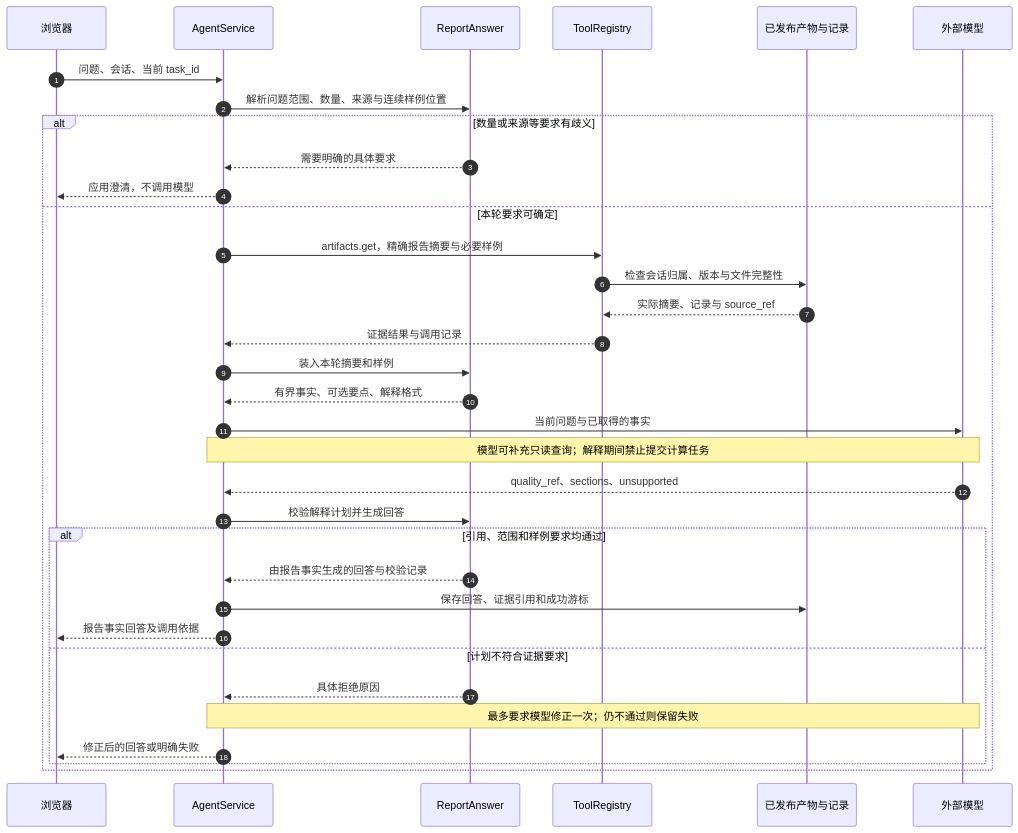
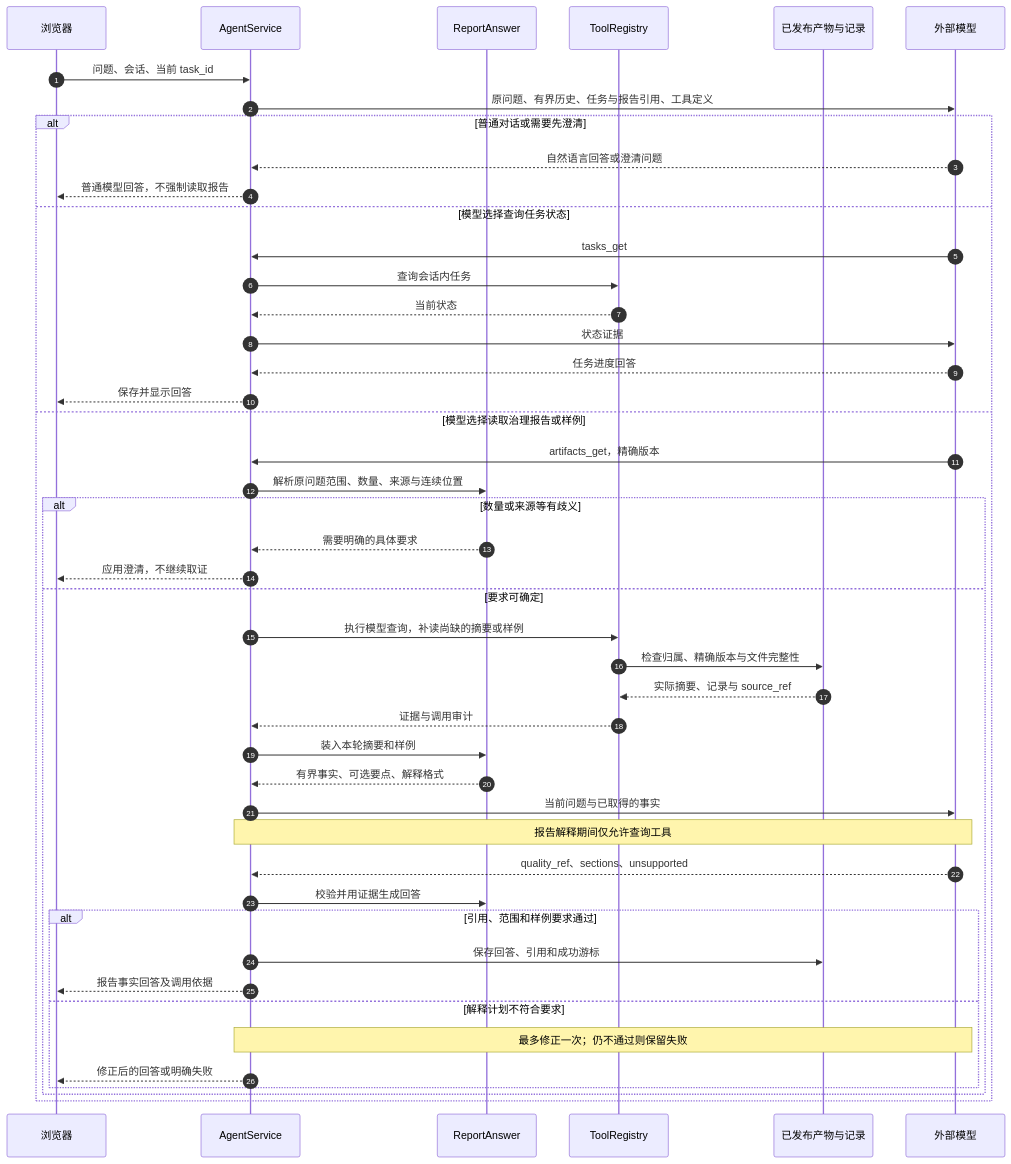
The third of 3 diagrams in docs/architecture/系统架构详解.md (DuscWalk/Big-Data-Analysis-2026), drawn with Mermaid before and after one commit. The commit also changed other lines of this file and 13 other files, not shown here.

````diff
--- a/docs/architecture/系统架构详解.md
+++ b/docs/architecture/系统架构详解.md
@@ -167,37 +167,49 @@
 ```mermaid
 sequenceDiagram
     autonumber
     participant UI as 浏览器
     participant A as AgentService
     participant R as ReportAnswer
     participant T as ToolRegistry
     participant S as 已发布产物与记录
     participant M as 外部模型
 
     UI->>A: 问题、会话、当前 task_id
-    A->>R: 解析问题范围、数量、来源与连续样例位置
-    alt 数量或来源等要求有歧义
-        R-->>A: 需要明确的具体要求
-        A-->>UI: 应用澄清，不调用模型
-    else 本轮要求可确定
-        A->>T: artifacts.get，精确报告摘要与必要样例
-        T->>S: 检查会话归属、版本与文件完整性
-        S-->>T: 实际摘要、记录与 source_ref
-        T-->>A: 证据结果与调用记录
-        A->>R: 装入本轮摘要和样例
-        R-->>A: 有界事实、可选要点、解释格式
-        A->>M: 当前问题与已取得的事实
-        Note over A,M: 模型可补充只读查询；解释期间禁止提交计算任务
-        M-->>A: quality_ref、sections、unsupported
-        A->>R: 校验解释计划并生成回答
-        alt 引用、范围和样例要求均通过
-            R-->>A: 由报告事实生成的回答与校验记录
-            A->>S: 保存回答、证据引用和成功游标
-            A-->>UI: 报告事实回答及调用依据
-        else 计划不符合证据要求
-            R-->>A: 具体拒绝原因
-            Note over A,M: 最多要求模型修正一次；仍不通过则保留失败
-            A-->>UI: 修正后的回答或明确失败
+    A->>M: 原问题、有界历史、任务与报告引用、工具定义
+    alt 普通对话或需要先澄清
+        M-->>A: 自然语言回答或澄清问题
+        A-->>UI: 普通模型回答，不强制读取报告
+    else 模型选择查询任务状态
+        M->>A: tasks_get
+        A->>T: 查询会话内任务
+        T-->>A: 当前状态
+        A->>M: 状态证据
+        M-->>A: 任务进度回答
+        A-->>UI: 保存并显示回答
+    else 模型选择读取治理报告或样例
+        M->>A: artifacts_get，精确版本
+        A->>R: 解析原问题范围、数量、来源与连续位置
+        alt 数量或来源等有歧义
+            R-->>A: 需要明确的具体要求
+            A-->>UI: 应用澄清，不继续取证
+        else 要求可确定
+            A->>T: 执行模型查询，补读尚缺的摘要或样例
+            T->>S: 检查归属、精确版本与文件完整性
+            S-->>T: 实际摘要、记录与 source_ref
+            T-->>A: 证据与调用审计
+            A->>R: 装入本轮摘要和样例
+            R-->>A: 有界事实、可选要点、解释格式
+            A->>M: 当前问题与已取得的事实
+            Note over A,M: 报告解释期间仅允许查询工具
+            M-->>A: quality_ref、sections、unsupported
+            A->>R: 校验并用证据生成回答
+            alt 引用、范围和样例要求通过
+                A->>S: 保存回答、引用和成功游标
+                A-->>UI: 报告事实回答及调用依据
+            else 解释计划不符合要求
+                Note over A,M: 最多修正一次；仍不通过则保留失败
+                A-->>UI: 修正后的回答或明确失败
+            end
         end
     end
 ```
````
